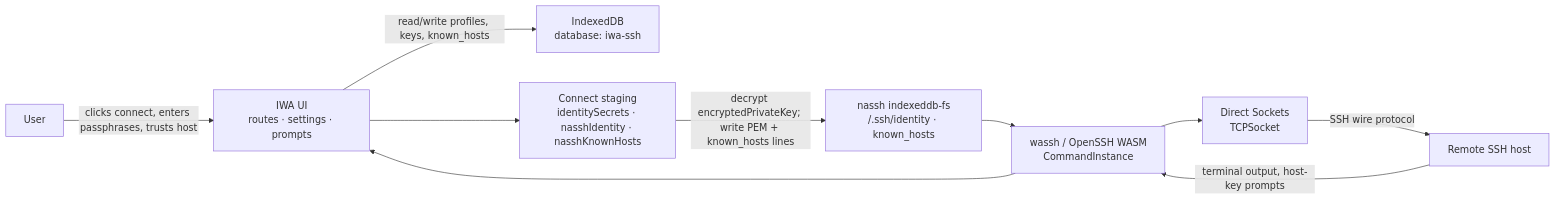
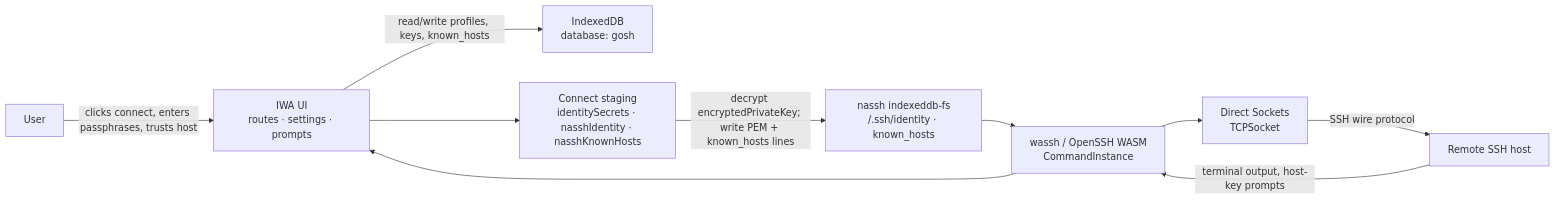
One commit to esko/iwa-ssh changed the diagram in docs/SECURITY.md. Above: the diagram before and after it, drawn with Mermaid. The commit also changed other lines of this file and 64 other files, not shown here.

First line of the commit message:
chore: rename app iwa-ssh -> gosh across configs, docs, and code

````diff
--- a/docs/SECURITY.md
+++ b/docs/SECURITY.md
@@ -51,21 +51,21 @@
 ```mermaid
 flowchart LR
   User["User"]
   UI["IWA UI<br/>routes · settings · prompts"]
-  IDB["IndexedDB<br/>database: iwa-ssh"]
+  IDB["IndexedDB<br/>database: gosh"]
   Stage["Connect staging<br/>identitySecrets · nasshIdentity · nasshKnownHosts"]
   NasshFS["nassh indexeddb-fs<br/>/.ssh/identity · known_hosts"]
   Wassh["wassh / OpenSSH WASM<br/>CommandInstance"]
   DS["Direct Sockets<br/>TCPSocket"]
   Remote["Remote SSH host"]
 
   User -->|"clicks connect, enters passphrases, trusts host"| UI
   UI -->|"read/write profiles, keys, known_hosts"| IDB
   UI --> Stage
   Stage -->|"decrypt encryptedPrivateKey; write PEM + known_hosts lines"| NasshFS
   NasshFS --> Wassh
   Wassh --> DS
   DS -->|"SSH wire protocol"| Remote
   Remote -->|"terminal output, host-key prompts"| Wassh
   Wassh --> UI
 ```
````
